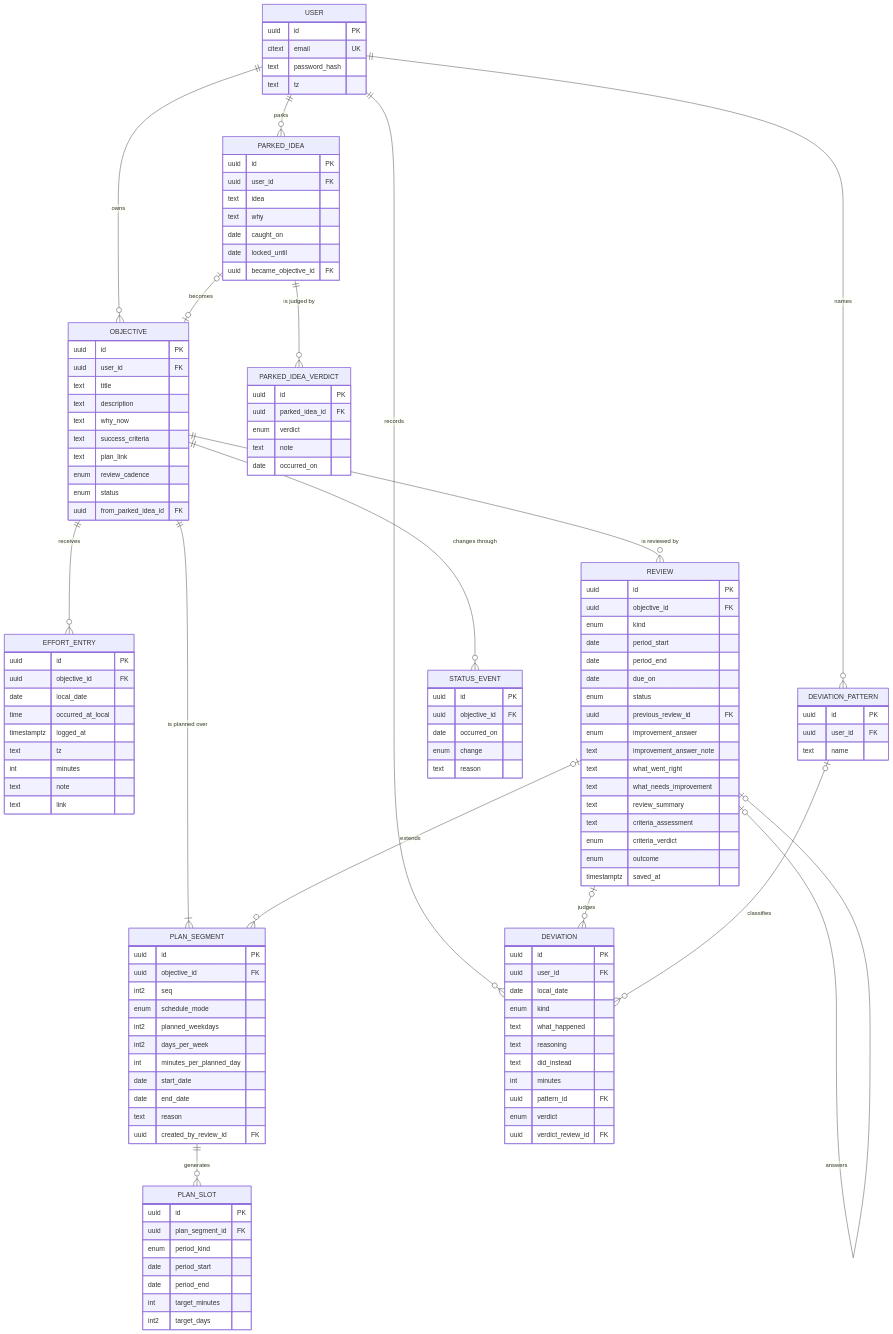
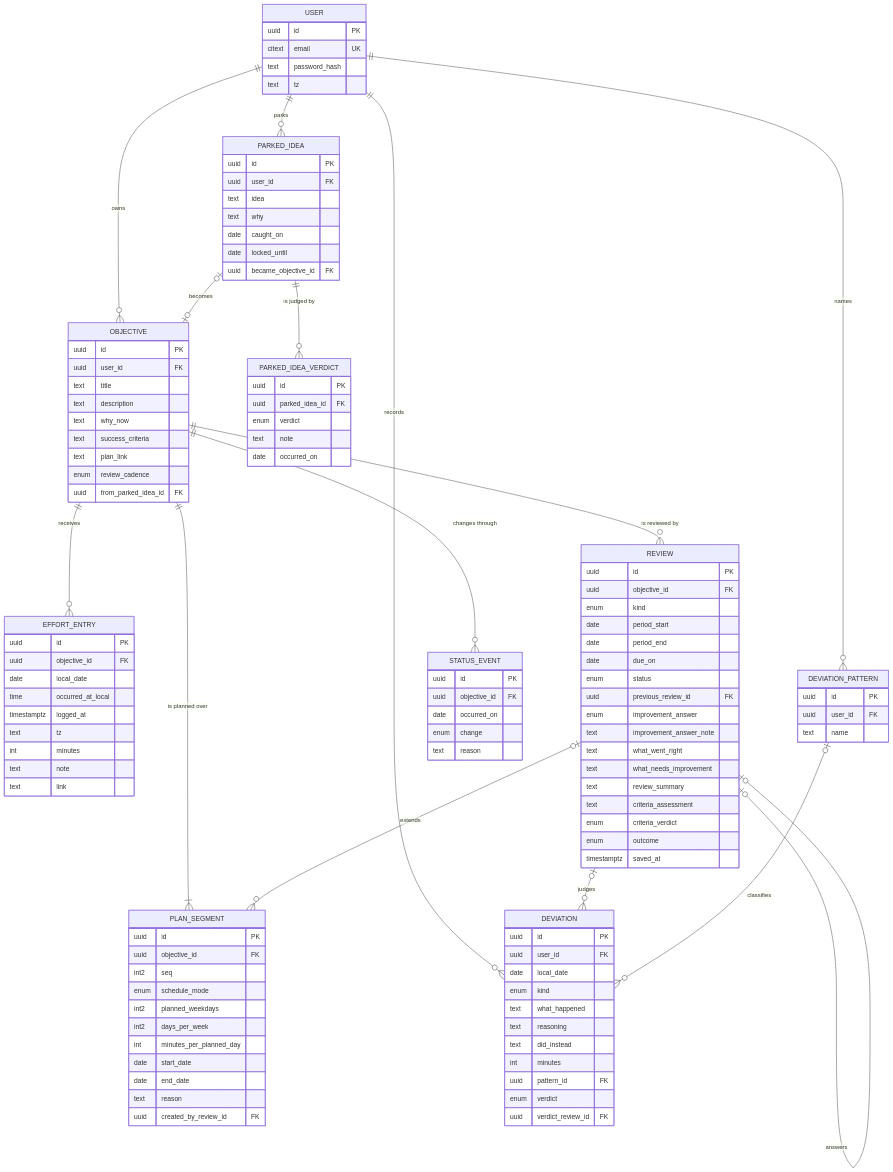
Before and after one commit to rohit12242/keel: the second of 2 diagrams in docs/erd.md, drawn with Mermaid. The commit also changed other lines of this file and 3 other files, not shown here.

```diff
--- a/docs/erd.md
+++ b/docs/erd.md
@@ -56,7 +78,6 @@
         text success_criteria
         text plan_link
         enum review_cadence
-        enum status
         uuid from_parked_idea_id FK
     }
     PLAN_SEGMENT {
@@ -71,15 +92,6 @@
         date end_date
         text reason
         uuid created_by_review_id FK
-    }
-    PLAN_SLOT {
-        uuid id PK
-        uuid plan_segment_id FK
-        enum period_kind
-        date period_start
-        date period_end
-        int target_minutes
-        int2 target_days
     }
     EFFORT_ENTRY {
         uuid id PK
@@ -157,7 +169,6 @@
     USER ||--o{ PARKED_IDEA : parks
     USER ||--o{ DEVIATION_PATTERN : names
     OBJECTIVE ||--|{ PLAN_SEGMENT : "is planned over"
-    PLAN_SEGMENT ||--o{ PLAN_SLOT : generates
     OBJECTIVE ||--o{ EFFORT_ENTRY : receives
     OBJECTIVE ||--o{ REVIEW : "is reviewed by"
     OBJECTIVE ||--o{ STATUS_EVENT : "changes through"
```
